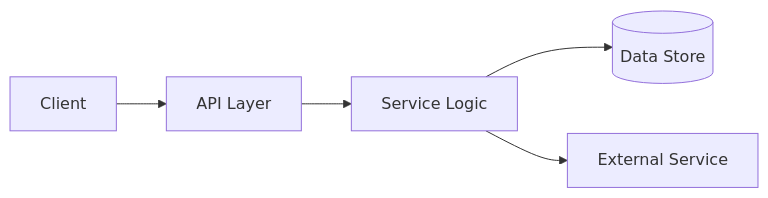
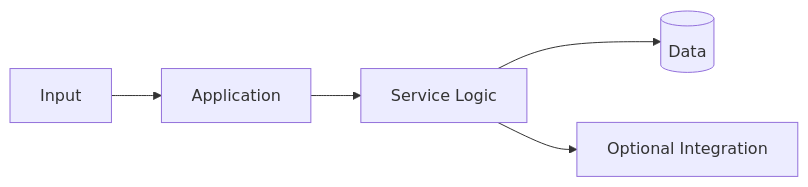
One commit to sphangcho203-afk/sphangcho203-afk changed the diagram in REPOSITORY_README_TEMPLATE.md. Above: the diagram before and after it, drawn with Mermaid. The commit also changed other lines of this file and 12 other files, not shown here.

````diff
--- a/REPOSITORY_README_TEMPLATE.md
+++ b/REPOSITORY_README_TEMPLATE.md
@@ -114,7 +106,7 @@
 ```mermaid
 flowchart LR
-    A[Client] --> B[API Layer]
+    A[Input] --> B[Application]
     B --> C[Service Logic]
-    C --> D[(Data Store)]
-    C --> E[External Service]
+    C --> D[(Data)]
+    C --> E[Optional Integration]
 ```
````
